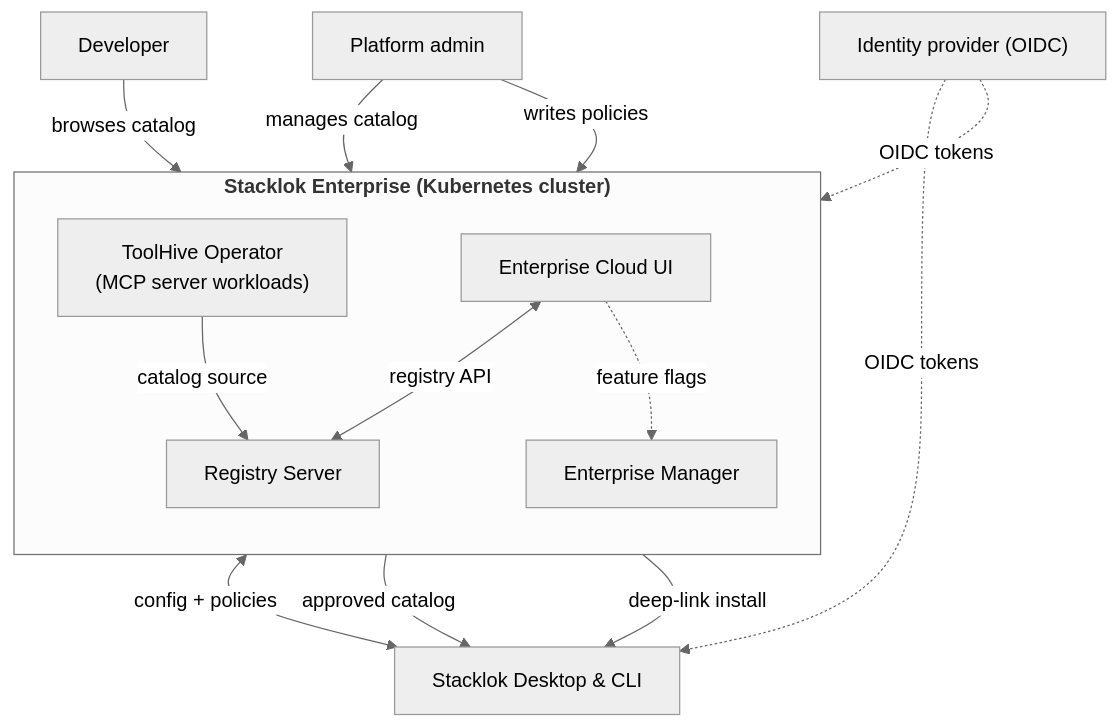
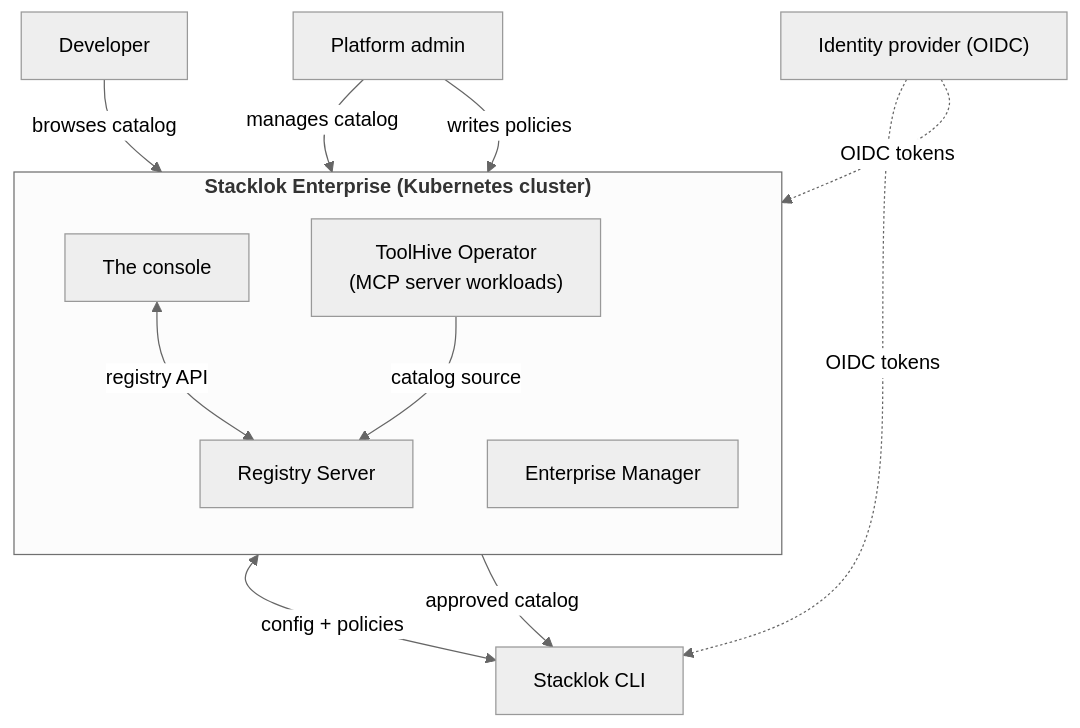
Before and after one commit to stacklok/docs-website: the diagram in docs/platform/enterprise-platform/index.mdx, drawn with Mermaid (neutral theme). The commit also changed other lines of this file and 64 other files, not shown here.

First line of the commit message:
Restructure the enterprise docs for the console (#1145)

````diff
--- a/docs/platform/enterprise-platform/index.mdx
+++ b/docs/platform/enterprise-platform/index.mdx
@@ -28,31 +28,29 @@
 ```mermaid
 flowchart TB
   Dev["Developer"]
   Admin["Platform admin"]
   IdP["Identity provider (OIDC)"]
 
   subgraph Enterprise["<strong>Stacklok Enterprise (Kubernetes cluster)</strong>"]
     direction TB
-    CloudUI["Enterprise Cloud UI"]
+    Console["The console"]
     RS["Registry Server"]
     EM["Enterprise Manager"]
     Operator["ToolHive Operator<br/>(MCP server workloads)"]
   end
 
-  Client["Stacklok Desktop & CLI"]
+  Client["Stacklok CLI"]
 
-  Admin -->|"manages catalog"| CloudUI
-  Dev -->|"browses catalog"| CloudUI
+  Admin -->|"manages catalog"| Console
+  Dev -->|"browses catalog"| Console
   Admin -->|"writes policies"| EM
 
-  CloudUI <-->|"registry API"| RS
-  CloudUI -.->|"feature flags"| EM
+  Console <-->|"registry API"| RS
   Operator -->|"catalog source"| RS
 
   EM <-->|"config + policies"| Client
   RS -->|"approved catalog"| Client
-  CloudUI -->|"deep-link install"| Client
 
   IdP -.->|"OIDC tokens"| Enterprise
   IdP -.->|"OIDC tokens"| Client
 ```
````
